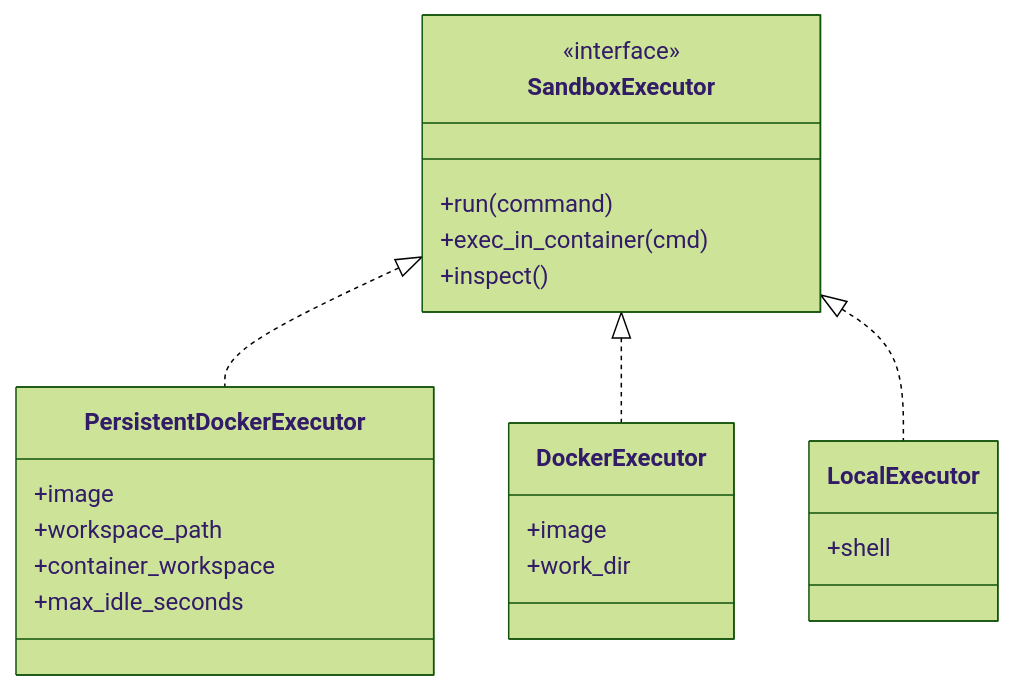
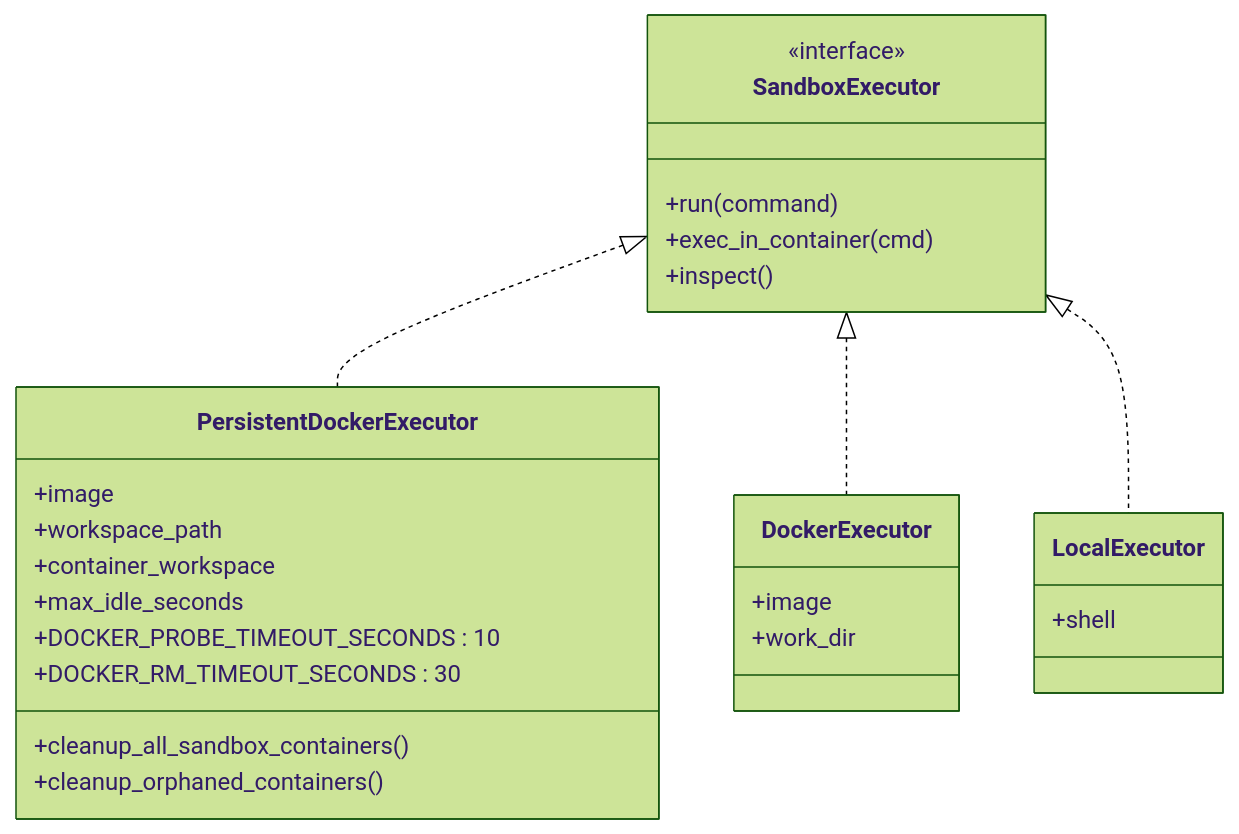
The fourth of 8 diagrams in .qoder/repowiki/zh/content/MCP工具系统/沙箱执行环境.md (tianyehedashu/ai-agent), drawn with Mermaid (forest theme) before and after one commit. The commit also changed other lines of this file and 25 other files, not shown here.

````diff
--- a/.qoder/repowiki/zh/content/MCP工具系统/沙箱执行环境.md
+++ b/.qoder/repowiki/zh/content/MCP工具系统/沙箱执行环境.md
@@ -174,25 +187,29 @@
 ```mermaid
 classDiagram
 class SandboxExecutor {
 <<interface>>
 +run(command)
 +exec_in_container(cmd)
 +inspect()
 }
 class PersistentDockerExecutor {
 +image
 +workspace_path
 +container_workspace
 +max_idle_seconds
++DOCKER_PROBE_TIMEOUT_SECONDS : 10
++DOCKER_RM_TIMEOUT_SECONDS : 30
++cleanup_all_sandbox_containers()
++cleanup_orphaned_containers()
 }
 class DockerExecutor {
 +image
 +work_dir
 }
 class LocalExecutor {
 +shell
 }
 SandboxExecutor <|.. PersistentDockerExecutor
 SandboxExecutor <|.. DockerExecutor
 SandboxExecutor <|.. LocalExecutor
 ```
````
